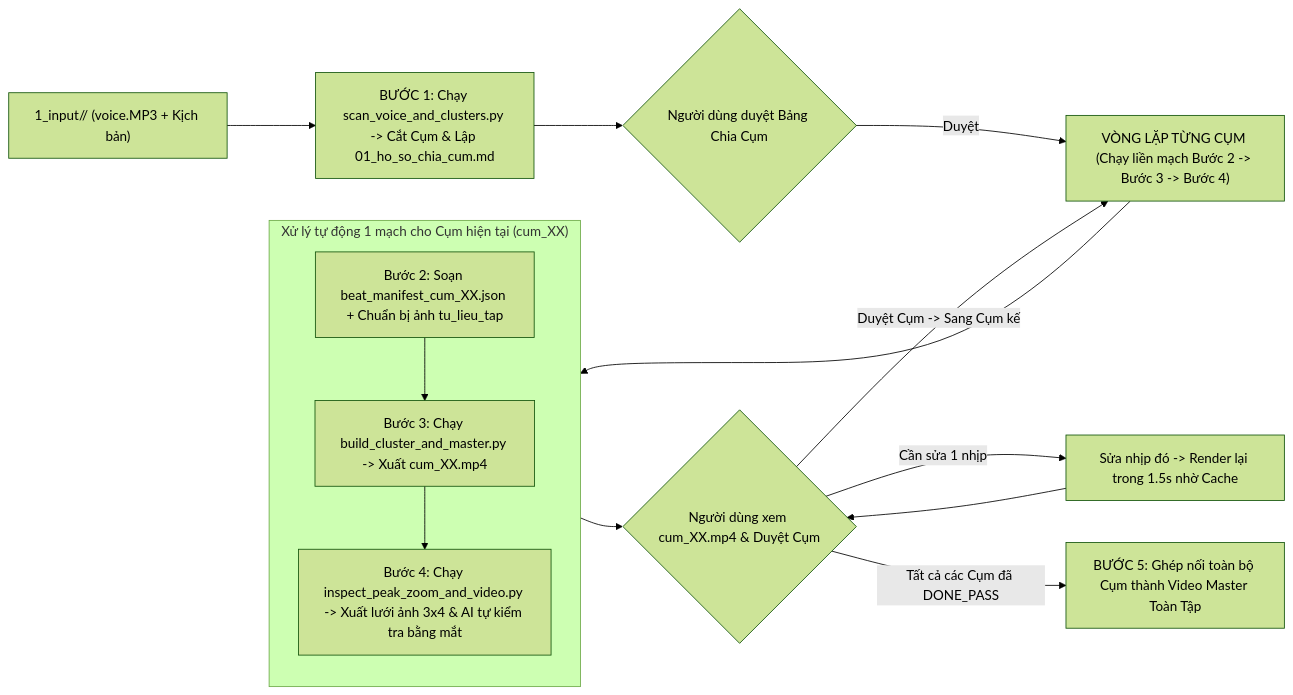
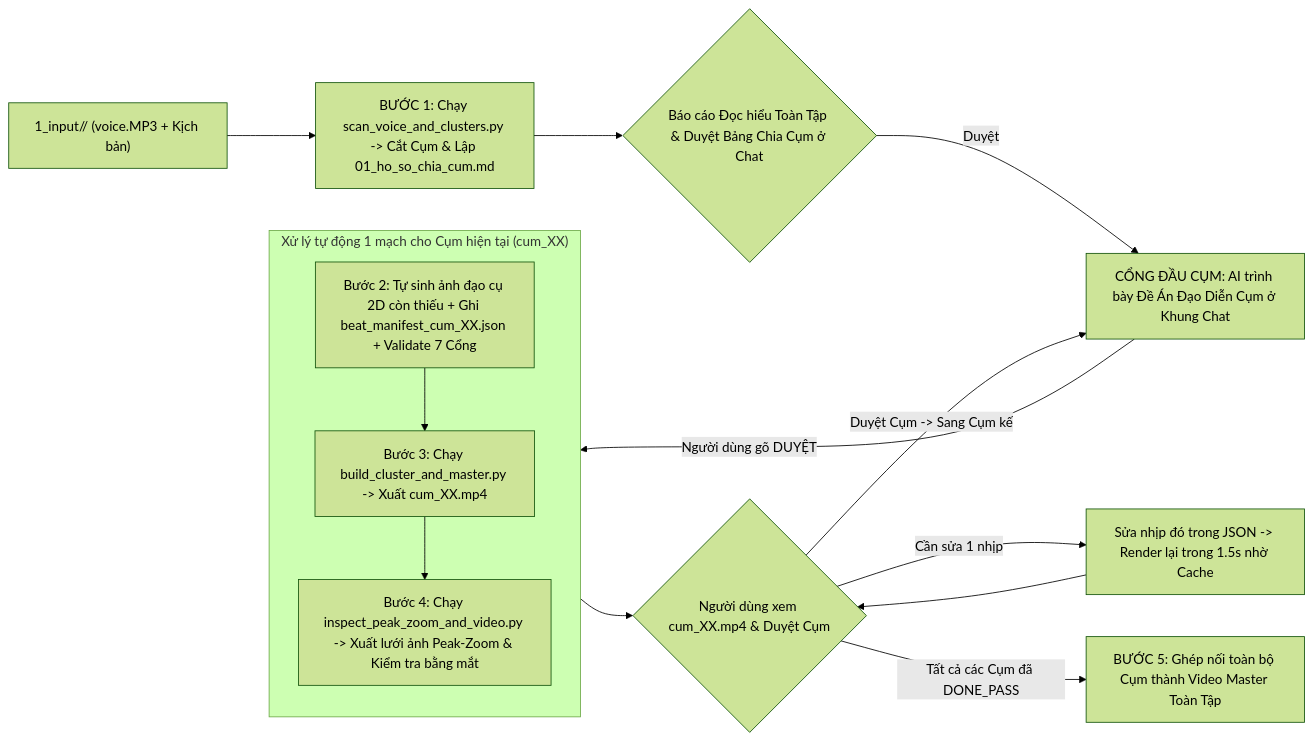
One commit to thiet1910-bam/2d-illustrated-history changed the diagram in Du-an-2D-Illustrated-History/dung-video-lich-su-hoat-hinh-2d/README.md. Above: the diagram before and after it, drawn with Mermaid (forest theme). The commit also changed other lines of this file and 73 other files, not shown here.

````diff
--- a/Du-an-2D-Illustrated-History/dung-video-lich-su-hoat-hinh-2d/README.md
+++ b/Du-an-2D-Illustrated-History/dung-video-lich-su-hoat-hinh-2d/README.md
@@ -96,15 +104,15 @@
 ```mermaid
 flowchart LR
     Start["1_input/<Ma_Tap>/ (voice.MP3 + Kịch bản)"] --> Step1["BƯỚC 1: Chạy scan_voice_and_clusters.py -> Cắt Cụm & Lập 01_ho_so_chia_cum.md"]
-    Step1 --> Gate1{"Người dùng duyệt Bảng Chia Cụm"}
-    Gate1 -->|"Duyệt"| Loop["VÒNG LẶP TỪNG CỤM (Chạy liền mạch Bước 2 -> Bước 3 -> Bước 4)"]
+    Step1 --> Gate1{"Báo cáo Đọc hiểu Toàn Tập & Duyệt Bảng Chia Cụm ở Chat"}
+    Gate1 -->|"Duyệt"| Pitch["CỔNG ĐẦU CỤM: AI trình bày Đề Án Đạo Diễn Cụm ở Khung Chat"]
+    Pitch -->|"Người dùng gõ DUYỆT"| ClusterLoop
     subgraph ClusterLoop ["Xử lý tự động 1 mạch cho Cụm hiện tại (cum_XX)"]
-        B2["Bước 2: Soạn beat_manifest_cum_XX.json + Chuẩn bị ảnh tu_lieu_tap"] --> B3["Bước 3: Chạy build_cluster_and_master.py -> Xuất cum_XX.mp4"]
-        B3 --> B4["Bước 4: Chạy inspect_peak_zoom_and_video.py -> Xuất lưới ảnh 3x4 & AI tự kiểm tra bằng mắt"]
+        B2["Bước 2: Tự sinh ảnh đạo cụ 2D còn thiếu + Ghi beat_manifest_cum_XX.json + Validate 7 Cổng"] --> B3["Bước 3: Chạy build_cluster_and_master.py -> Xuất cum_XX.mp4"]
+        B3 --> B4["Bước 4: Chạy inspect_peak_zoom_and_video.py -> Xuất lưới ảnh Peak-Zoom & Kiểm tra bằng mắt"]
     end
-    Loop --> ClusterLoop
     ClusterLoop --> Gate4{"Người dùng xem cum_XX.mp4 & Duyệt Cụm"}
-    Gate4 -->|"Cần sửa 1 nhịp"| Fix["Sửa nhịp đó -> Render lại trong 1.5s nhờ Cache"] --> Gate4
-    Gate4 -->|"Duyệt Cụm -> Sang Cụm kế"| Loop
+    Gate4 -->|"Cần sửa 1 nhịp"| Fix["Sửa nhịp đó trong JSON -> Render lại trong 1.5s nhờ Cache"] --> Gate4
+    Gate4 -->|"Duyệt Cụm -> Sang Cụm kế"| Pitch
     Gate4 -->|"Tất cả các Cụm đã DONE_PASS"| Step5["BƯỚC 5: Ghép nối toàn bộ Cụm thành Video Master Toàn Tập"]
 ```
````
